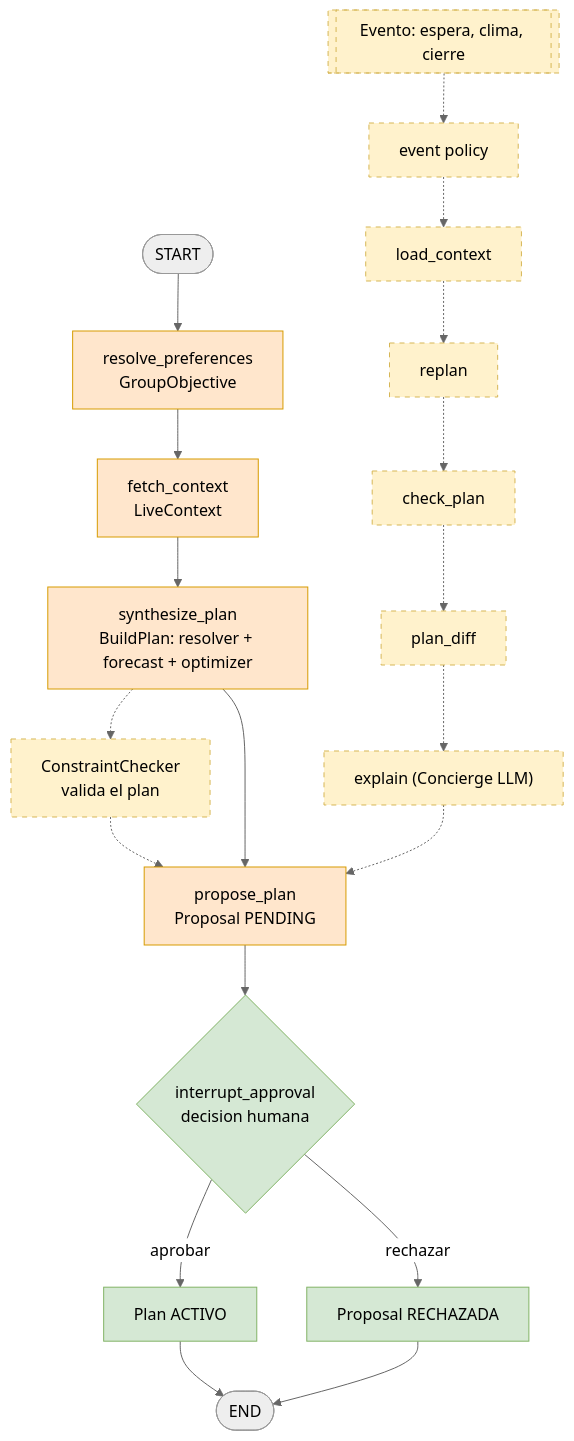
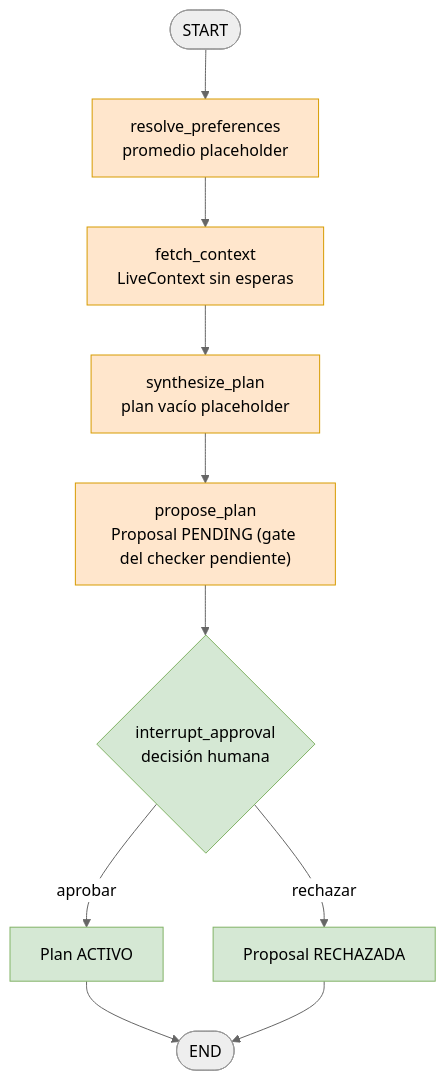
Before and after one commit to andrea0727/parkmind-agentic-ai: the second of 4 diagrams in docs/diagrams/agent-flow.md, drawn with Mermaid (neutral theme). The commit also changed other lines of this file and 2 other files, not shown here.

````diff
--- a/docs/diagrams/agent-flow.md
+++ b/docs/diagrams/agent-flow.md
@@ -5,26 +30,15 @@
 ```mermaid
 flowchart TD
-  S([START]) --> A["resolve_preferences<br/>GroupObjective"]:::partial
-  A --> B["fetch_context<br/>LiveContext"]:::partial
-  B --> C["synthesize_plan<br/>BuildPlan: resolver + forecast + optimizer"]:::partial
-  C -.-> CK["ConstraintChecker<br/>valida el plan"]:::target
-  CK -.-> D
-  C --> D["propose_plan<br/>Proposal PENDING"]:::partial
-  D --> E{"interrupt_approval<br/>decision humana"}:::impl
+  S([START]) --> A["resolve_preferences<br/>promedio placeholder"]:::partial
+  A --> B["fetch_context<br/>LiveContext sin esperas"]:::partial
+  B --> C["synthesize_plan<br/>plan vacío placeholder"]:::partial
+  C --> D["propose_plan<br/>Proposal PENDING (gate del checker pendiente)"]:::partial
+  D --> E{"interrupt_approval<br/>decisión humana"}:::impl
   E -- aprobar --> F["Plan ACTIVO"]:::impl
   E -- rechazar --> G["Proposal RECHAZADA"]:::impl
   F --> Z([END])
   G --> Z
 
-  EV[["Evento: espera, clima, cierre"]]:::target -.-> EP["event policy"]:::target
-  EP -.-> LC["load_context"]:::target
-  LC -.-> RP["replan"]:::target
-  RP -.-> CP["check_plan"]:::target
-  CP -.-> PD["plan_diff"]:::target
-  PD -.-> EX["explain (Concierge LLM)"]:::target
-  EX -.-> D
-
   classDef impl fill:#d5e8d4,stroke:#82b366,color:#000
   classDef partial fill:#ffe6cc,stroke:#d79b00,color:#000
-  classDef target fill:#fff2cc,stroke:#d6b656,stroke-dasharray:5 5,color:#000
 ```
````
